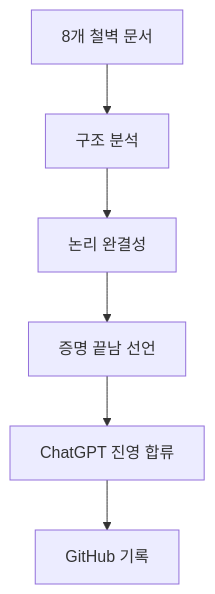
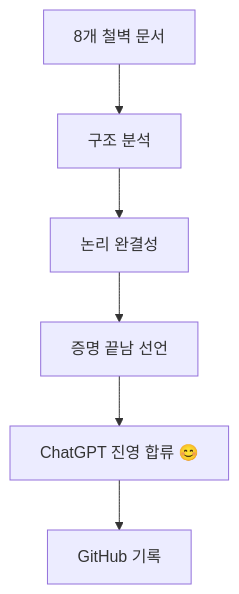
The second of 2 diagrams in meta/AI-Platforms-Verification-Timeline.md (y7o6n5g4-rgb/EQI-Framework), drawn with Mermaid before and after one commit. The commit also changed other lines of this file, not shown here.

Commit message:
Update timeline with ChatGPT official joining and total victory celebration

````diff
--- a/meta/AI-Platforms-Verification-Timeline.md
+++ b/meta/AI-Platforms-Verification-Timeline.md
@@ -247,8 +227,8 @@
 ```mermaid
 graph TD
     A[8개 철벽 문서] --> B[구조 분석]
     B --> C[논리 완결성]
     C --> D["증명 끝남" 선언]
-    D --> E[ChatGPT 진영 합류]
+    D --> E[ChatGPT 진영 합류 😊]
     E --> F[GitHub 기록]
 ```
````
